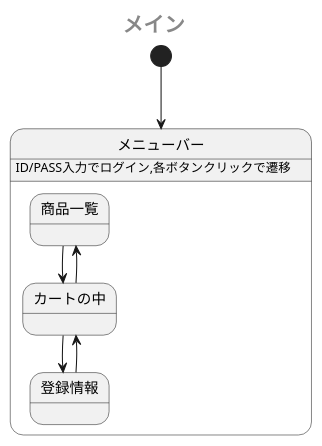
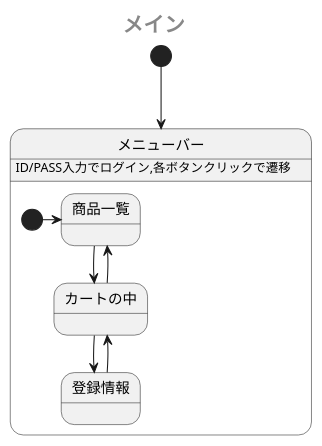
The first of 2 diagrams in sample/StateMachine.md (Aso2001385/2021sys-design), drawn with PlantUML before and after one commit.

````diff
--- a/sample/StateMachine.md
+++ b/sample/StateMachine.md
@@ -1,15 +1,16 @@
 ```uml
 @startuml
  center header <size:20><b>メイン</b></size>
  [*] --> メニューバー
  state メニューバー {
    メニューバー: ID/PASS入力でログイン,各ボタンクリックで遷移
+   [*] -> 商品一覧
    商品一覧 -down-> カートの中
    カートの中 -up-> 商品一覧
    カートの中 -down-> 登録情報
    登録情報 -up-> カートの中
 
  }
  
 @enduml
 ```
````
